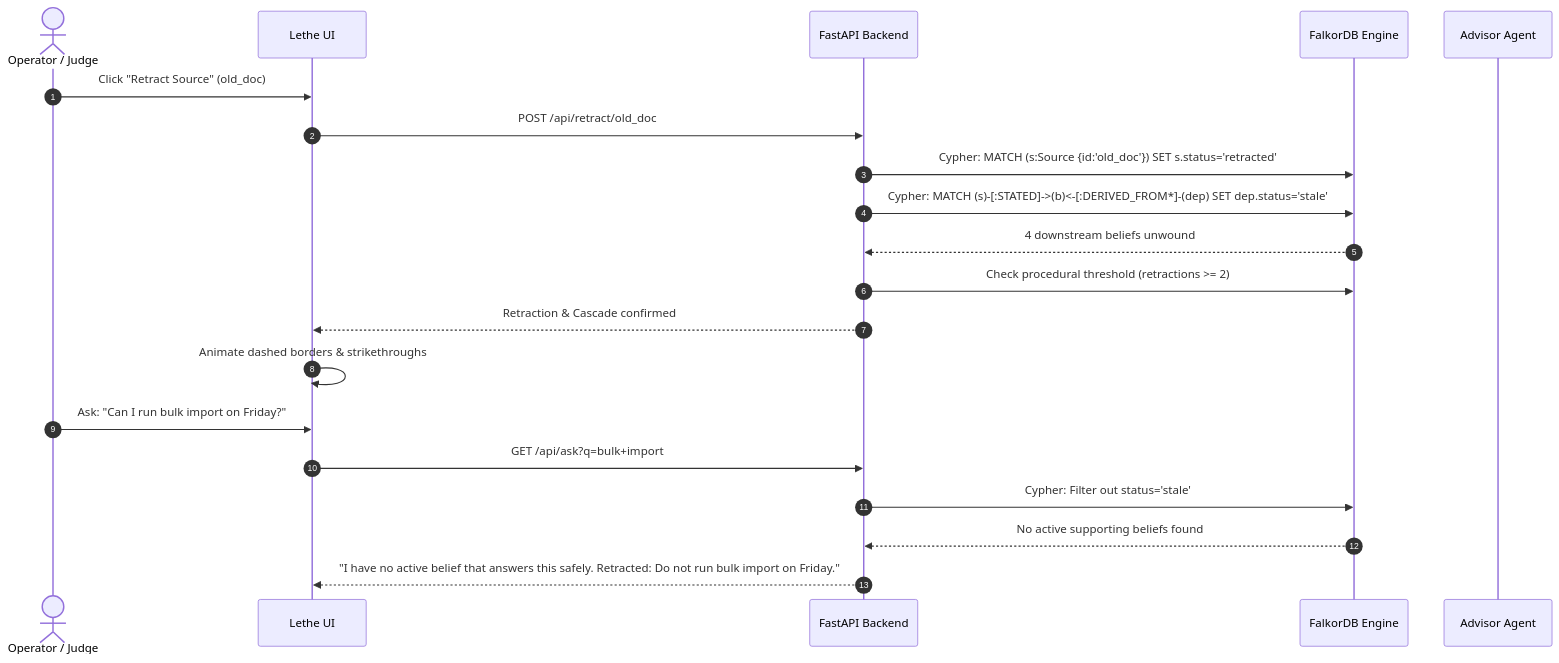
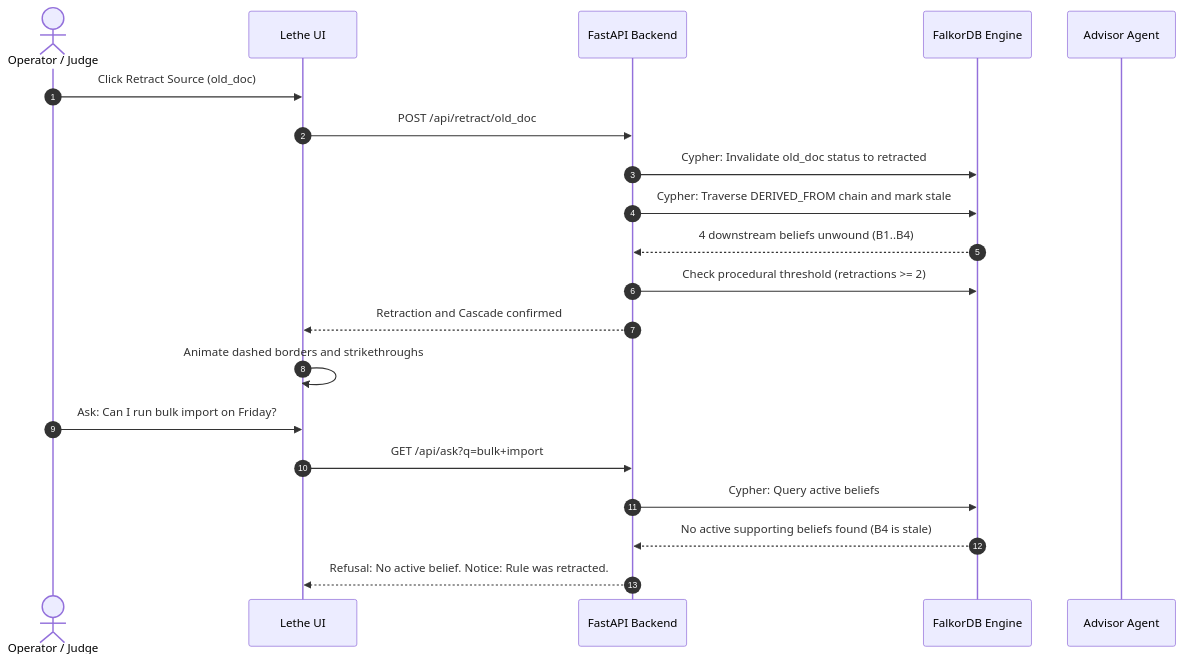
The third of 3 diagrams in README.md (Anurag-tech22/Lethe), drawn with Mermaid before and after one commit. The commit also changed other lines of this file and 1 other file, not shown here.

Commit message:
docs: add MIT license and fix Mermaid diagram syntax for GitHub rendering

````diff
--- a/README.md
+++ b/README.md
@@ -130,23 +128,23 @@
 ```mermaid
 sequenceDiagram
     autonumber
     actor User as Operator / Judge
     participant UI as Lethe UI
     participant API as FastAPI Backend
     participant Falkor as FalkorDB Engine
     participant Agent as Advisor Agent
 
-    User->>UI: Click "Retract Source" (old_doc)
+    User->>UI: Click Retract Source (old_doc)
     UI->>API: POST /api/retract/old_doc
-    API->>Falkor: Cypher: MATCH (s:Source {id:'old_doc'}) SET s.status='retracted'
-    API->>Falkor: Cypher: MATCH (s)-[:STATED]->(b)<-[:DERIVED_FROM*]-(dep) SET dep.status='stale'
-    Falkor-->>API: 4 downstream beliefs unwound
+    API->>Falkor: Cypher: Invalidate old_doc status to retracted
+    API->>Falkor: Cypher: Traverse DERIVED_FROM chain and mark stale
+    Falkor-->>API: 4 downstream beliefs unwound (B1..B4)
     API->>Falkor: Check procedural threshold (retractions >= 2)
-    API-->>UI: Retraction & Cascade confirmed
-    UI->>UI: Animate dashed borders & strikethroughs
-    User->>UI: Ask: "Can I run bulk import on Friday?"
+    API-->>UI: Retraction and Cascade confirmed
+    UI->>UI: Animate dashed borders and strikethroughs
+    User->>UI: Ask: Can I run bulk import on Friday?
     UI->>API: GET /api/ask?q=bulk+import
-    API->>Falkor: Cypher: Filter out status='stale'
-    Falkor-->>API: No active supporting beliefs found
-    API-->>UI: "I have no active belief that answers this safely. Retracted: Do not run bulk import on Friday."
+    API->>Falkor: Cypher: Query active beliefs
+    Falkor-->>API: No active supporting beliefs found (B4 is stale)
+    API-->>UI: Refusal: No active belief. Notice: Rule was retracted.
 ```
````
